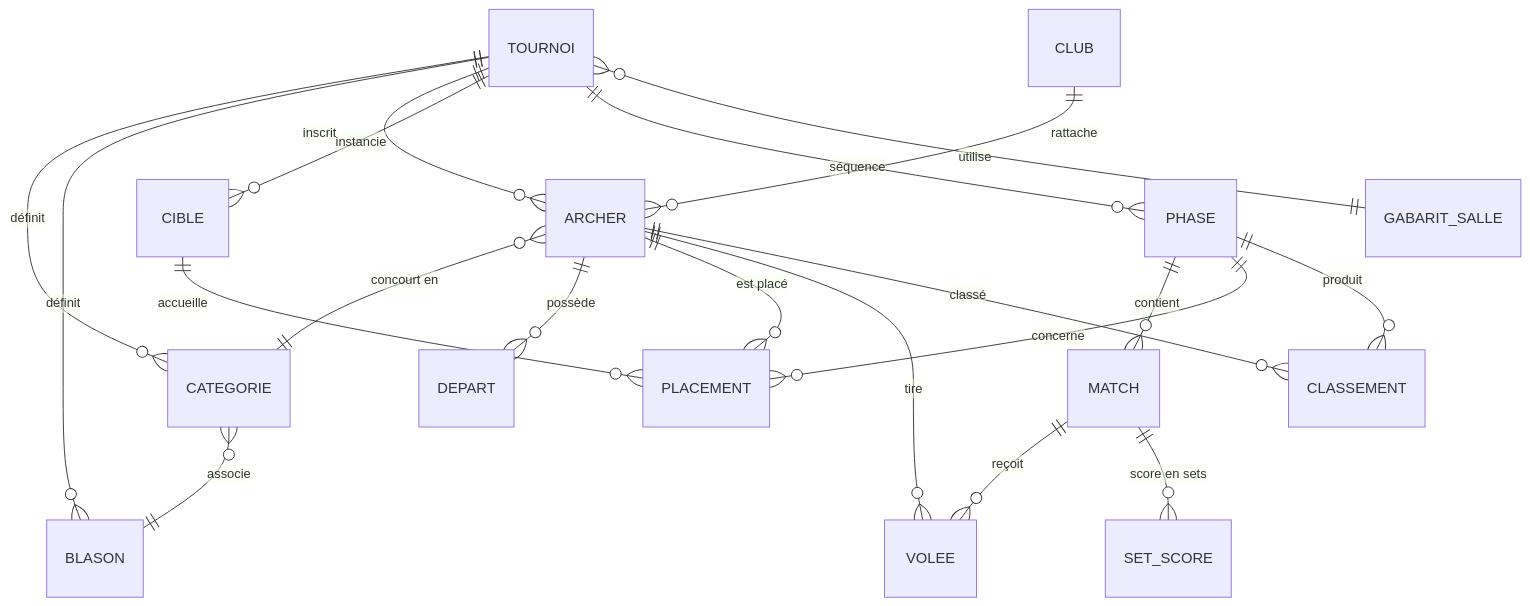
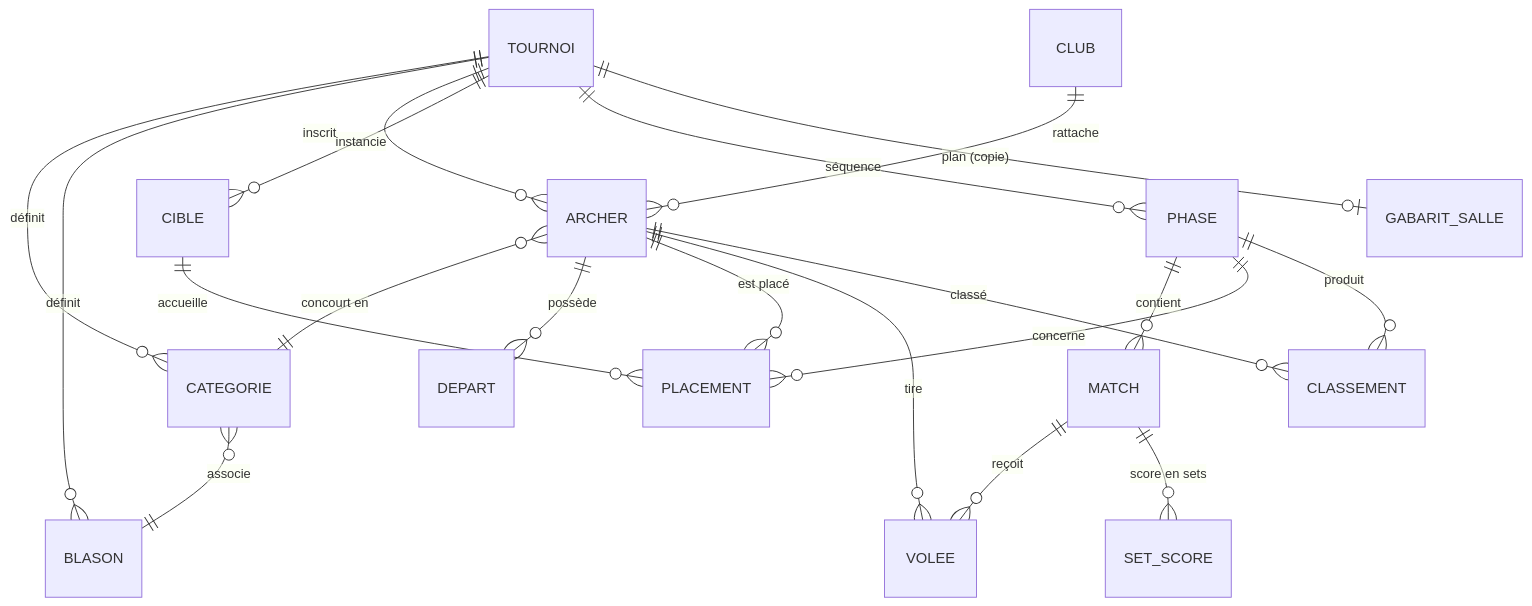
The diagram in docs/modele-de-donnees.md (driano-gael/kervignarc), drawn with Mermaid before and after one commit. The commit also changed other lines of this file and 20 other files, not shown here.

First line of the commit message:
feat(e01us008): appliquer et ajuster un gabarit de salle par tournoi

````diff
--- a/docs/modele-de-donnees.md
+++ b/docs/modele-de-donnees.md
@@ -12,22 +12,22 @@
 ```mermaid
 erDiagram
     TOURNOI ||--o{ CATEGORIE : "définit"
     TOURNOI ||--o{ BLASON : "définit"
     TOURNOI ||--o{ ARCHER : "inscrit"
     TOURNOI ||--o{ CIBLE : "instancie"
     TOURNOI ||--o{ PHASE : "séquence"
-    TOURNOI }o--|| GABARIT_SALLE : "utilise"
+    TOURNOI ||--o| GABARIT_SALLE : "plan (copie)"
     CLUB ||--o{ ARCHER : "rattache"
     CATEGORIE }o--|| BLASON : "associe"
     ARCHER }o--|| CATEGORIE : "concourt en"
     ARCHER ||--o{ DEPART : "possède"
     ARCHER ||--o{ PLACEMENT : "est placé"
     CIBLE ||--o{ PLACEMENT : "accueille"
     PHASE ||--o{ MATCH : "contient"
     PHASE ||--o{ PLACEMENT : "concerne"
     PHASE ||--o{ CLASSEMENT : "produit"
     MATCH ||--o{ VOLEE : "reçoit"
     MATCH ||--o{ SET_SCORE : "score en sets"
     ARCHER ||--o{ VOLEE : "tire"
     ARCHER ||--o{ CLASSEMENT : "classé"
 ```
````
